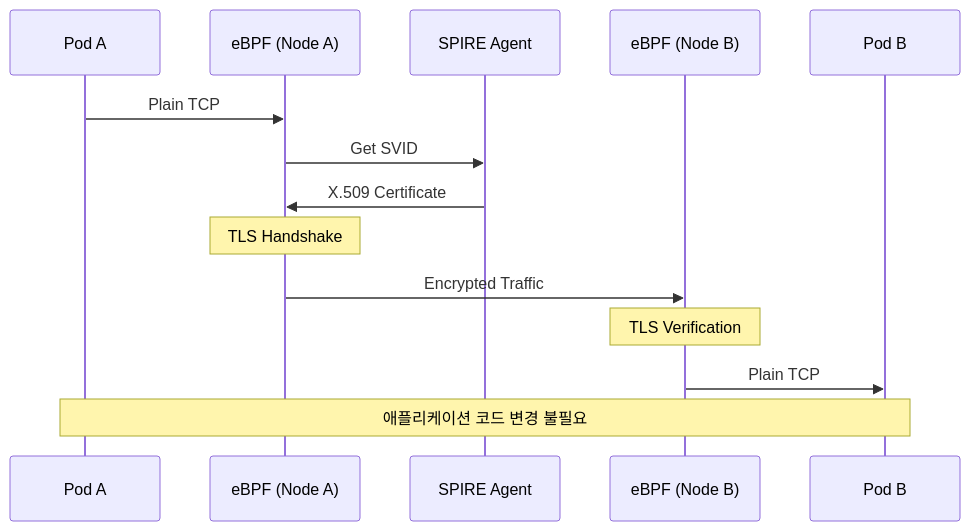
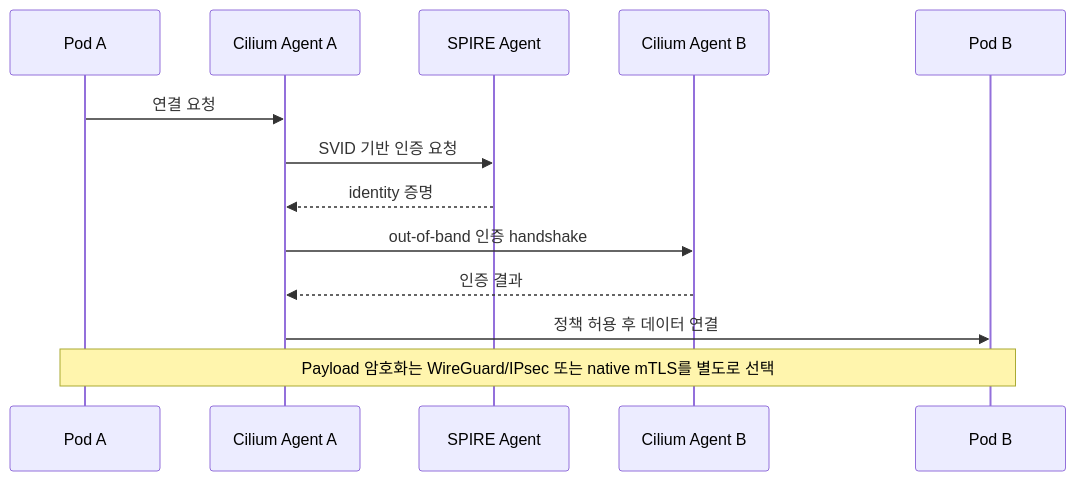
One commit to Atom-oh/kubernetes-docs changed the second of 5 diagrams in ko/service-mesh/cilium-service-mesh/03-security.md. Above: the diagram before and after it, drawn with Mermaid. The commit also changed other lines of this file and 11 other files, not shown here.

````diff
--- a/ko/service-mesh/cilium-service-mesh/03-security.md
+++ b/ko/service-mesh/cilium-service-mesh/03-security.md
@@ -49,18 +42,16 @@
 ```mermaid
 sequenceDiagram
     participant PodA as Pod A
-    participant eBPFA as eBPF (Node A)
+    participant CiliumA as Cilium Agent A
     participant SPIRE as SPIRE Agent
-    participant eBPFB as eBPF (Node B)
+    participant CiliumB as Cilium Agent B
     participant PodB as Pod B
 
-    PodA->>eBPFA: Plain TCP
-    eBPFA->>SPIRE: Get SVID
-    SPIRE->>eBPFA: X.509 Certificate
-    Note over eBPFA: TLS Handshake
-    eBPFA->>eBPFB: Encrypted Traffic
-    Note over eBPFB: TLS Verification
-    eBPFB->>PodB: Plain TCP
-
-    Note over PodA,PodB: 애플리케이션 코드 변경 불필요
+    PodA->>CiliumA: 연결 요청
+    CiliumA->>SPIRE: SVID 기반 인증 요청
+    SPIRE-->>CiliumA: identity 증명
+    CiliumA->>CiliumB: out-of-band 인증 handshake
+    CiliumB-->>CiliumA: 인증 결과
+    CiliumA->>PodB: 정책 허용 후 데이터 연결
+    Note over PodA,PodB: Payload 암호화는 WireGuard/IPsec 또는 native mTLS를 별도로 선택
 ```
````
